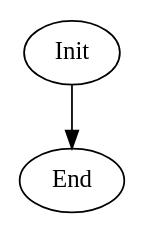
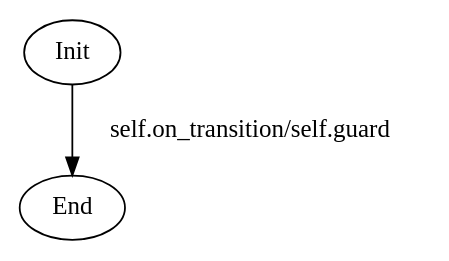
The diagram in src/strategy.dot (ENACRobotique/robot_rpi_2023), drawn with Graphviz before and after one commit. The commit also changed 3 other files, not shown here.

```diff
--- a/src/strategy.dot
+++ b/src/strategy.dot
@@ -1,6 +1,6 @@
 #init Init
 digraph "self.statemachine" {
-    Init [comment=""]
-    Init -> End [label=""]
-    End [comment=""]
+    Init [comment="self.on_enter/self.on_leave"]
+    Init -> End [label="self.on_transition/self.guard"]
+    
 }
```
